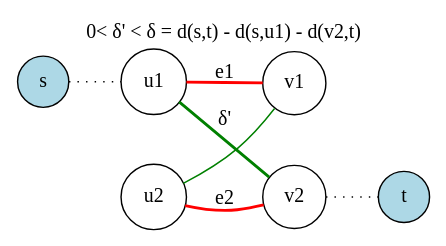
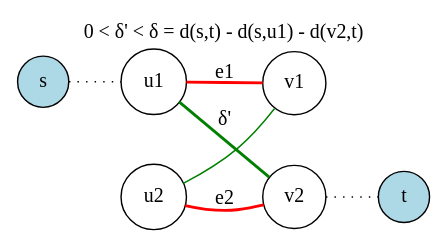
Before and after one commit to amitai100/bidirectional-dijkstra: the first of 8 diagrams in presentation.qmd, drawn with Graphviz. The commit also changed other lines of this file and 1 other file, not shown here.

````diff
--- a/presentation.qmd
+++ b/presentation.qmd
@@ -16,29 +17,29 @@
 ```{dot}
 graph  {
     rankdir=LR
     node [shape=circle];
 
-    label="0< δ' < δ = d(s,t) - d(s,u1) - d(v2,t)";
+    label="0 < δ' < δ = d(s,t) - d(s,u1) - d(v2,t)";
     labelloc = "t";
         
     s [label="s", style=filled, fillcolor=lightblue];
     t [label="t", style=filled, fillcolor=lightblue];
     
     u1 [label="u1"];
     v1 [label="v1"];
     u2 [label="u2"];
     v2 [label="v2"];
 
     v1--v2 [style="invisible"];
     u1--u2 [style="invisible"];
     s -- u1 [style="dotted"];
     v2 -- t [style="dotted"];
     u1 -- v1 [label="e1", color=red, penwidth=2];
     u2 -- v2 [label="e2", color=red, penwidth=2];
     u1 -- v2 [label="δ'", color=green, penwidth=2];
     u2 -- v1 [color=green, penwidth=1];
     
     {rank=same; u1; u2}
     {rank=same; v1; v2}
 }
 ```
````
